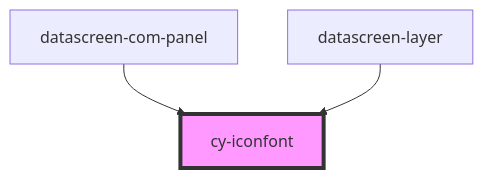
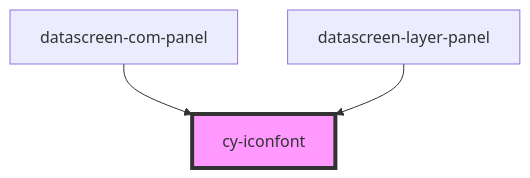
One commit to 1337968347/DataScreen changed the diagram in src/components/cy-iconfont/readme.md. Above: the diagram before and after it, drawn with Mermaid. The commit also changed other lines of this file and 19 other files, not shown here.

````diff
--- a/src/components/cy-iconfont/readme.md
+++ b/src/components/cy-iconfont/readme.md
@@ -23,6 +23,6 @@
 ```mermaid
 graph TD;
   datascreen-com-panel --> cy-iconfont
-  datascreen-layer --> cy-iconfont
+  datascreen-layer-panel --> cy-iconfont
   style cy-iconfont fill:#f9f,stroke:#333,stroke-width:4px
 ```
````
